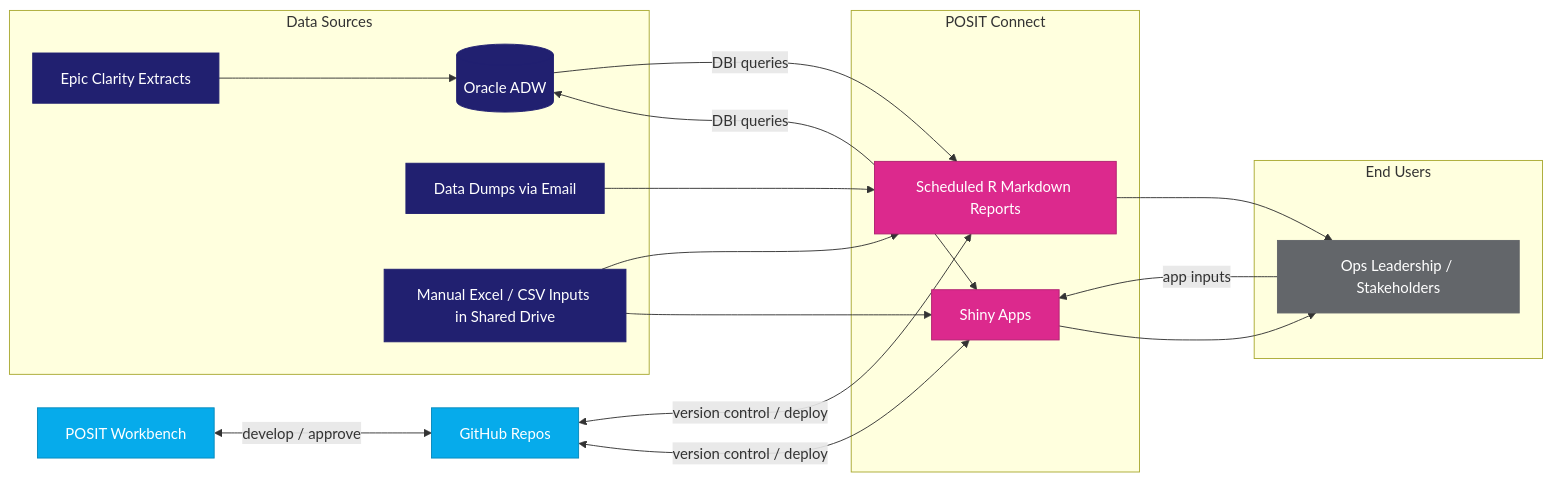
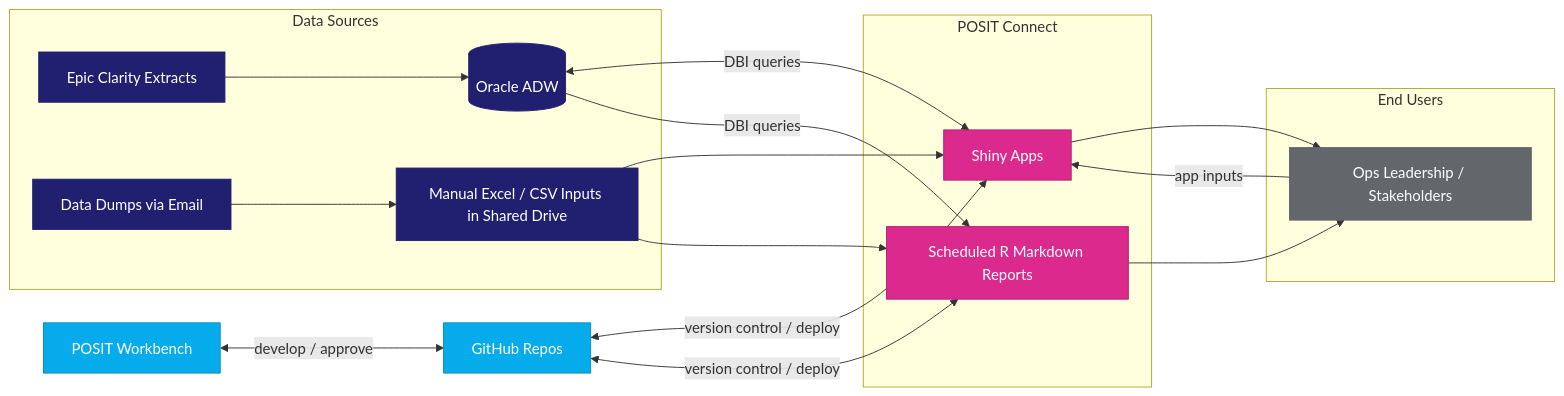
Before and after one commit to MSHS-OAO/Databricks-Tableau-User-Guide: the diagram in Databricks/README.md, drawn with Mermaid.

````diff
--- a/Databricks/README.md
+++ b/Databricks/README.md
@@ -4,45 +4,45 @@
 ```mermaid
 flowchart LR
     subgraph Sources["Data Sources"]
         EPIC[Epic Clarity Extracts]
         ORA[(Oracle ADW)]
         EMAIL[Data Dumps via Email]
         XLS[Manual Excel / CSV Inputs in Shared Drive]
     end
 
     subgraph Deploy["POSIT Connect"]
         SHINY[Shiny Apps]
         RPT[Scheduled R Markdown Reports]
     end
 
     GH[GitHub Repos]
     RS[POSIT Workbench]
 
     subgraph Users["End Users"]
         USR[Ops Leadership / Stakeholders]
     end
 
     EPIC --> ORA
     ORA <-->|DBI queries| SHINY
     ORA -->|DBI queries| RPT
-    EMAIL --> RPT
+    EMAIL --> XLS
     XLS --> SHINY
     XLS --> RPT
     GH <-->|version control / deploy| SHINY
     GH <-->|version control / deploy| RPT
     SHINY --> USR
     RPT --> USR
     USR -->|app inputs| SHINY
     RS <--> |develop / approve|GH
     
 
     classDef navy fill:#212070,stroke:#212070,color:#ffffff
     classDef cyan fill:#06ABEB,stroke:#0689BC,color:#ffffff
     classDef magenta fill:#DC298D,stroke:#B02171,color:#ffffff
     classDef gray fill:#63666A,stroke:#63666A,color:#ffffff
 
     class EPIC,ORA,EMAIL,XLS navy
     class GH,RS cyan
     class SHINY,RPT magenta
     class USR gray
 ```
````
